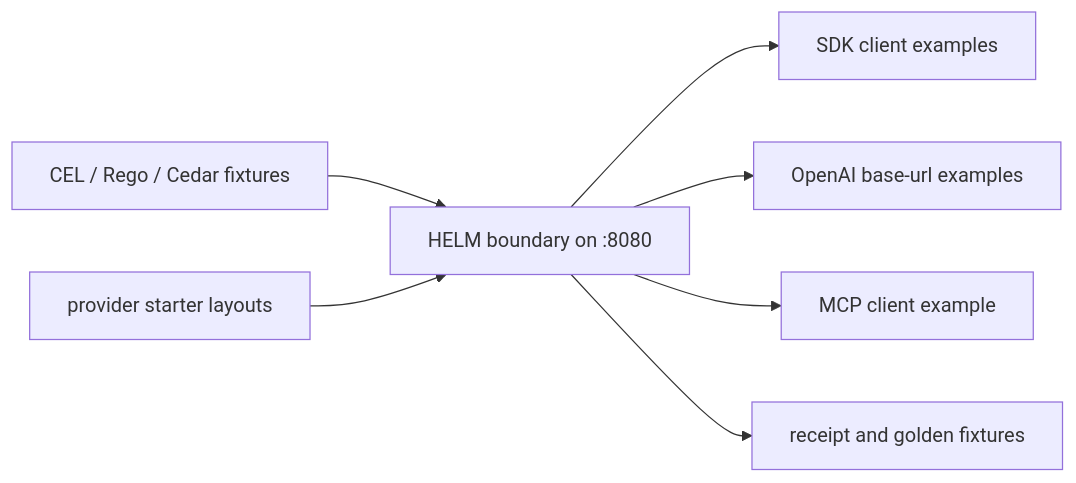
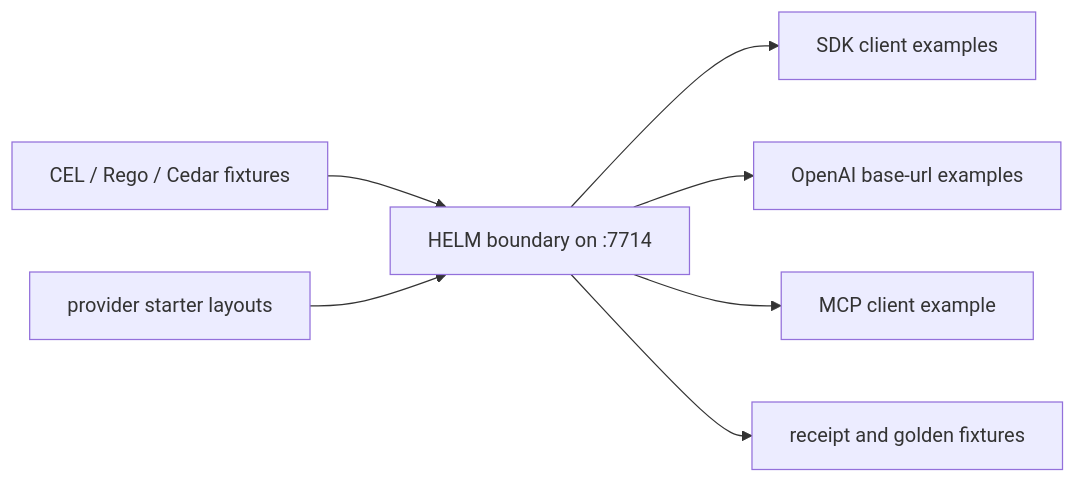
Before and after one commit to Mindburn-Labs/helm-ai-kernel: the diagram in examples/README.md, drawn with Mermaid. The commit also changed other lines of this file and 61 other files, not shown here.

````diff
--- a/examples/README.md
+++ b/examples/README.md
@@ -10,9 +10,9 @@
 ```mermaid
 flowchart LR
-  server["HELM boundary on :8080"] --> sdk["SDK client examples"]
+  server["HELM boundary on :7714"] --> sdk["SDK client examples"]
   server --> proxy["OpenAI base-url examples"]
   server --> mcp["MCP client example"]
   server --> receipts["receipt and golden fixtures"]
   policies["CEL / Rego / Cedar fixtures"] --> server
   starters["provider starter layouts"] --> server
 ```
````
